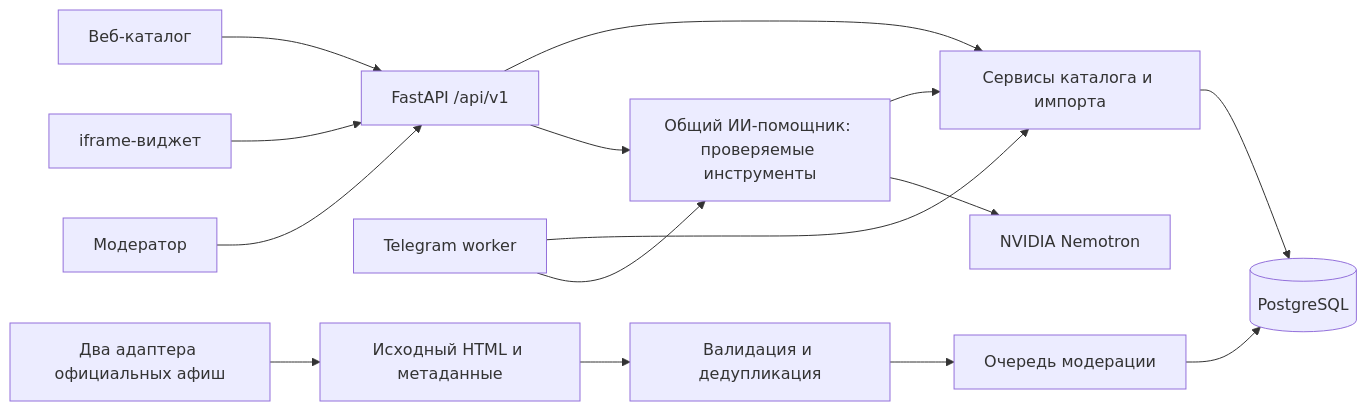
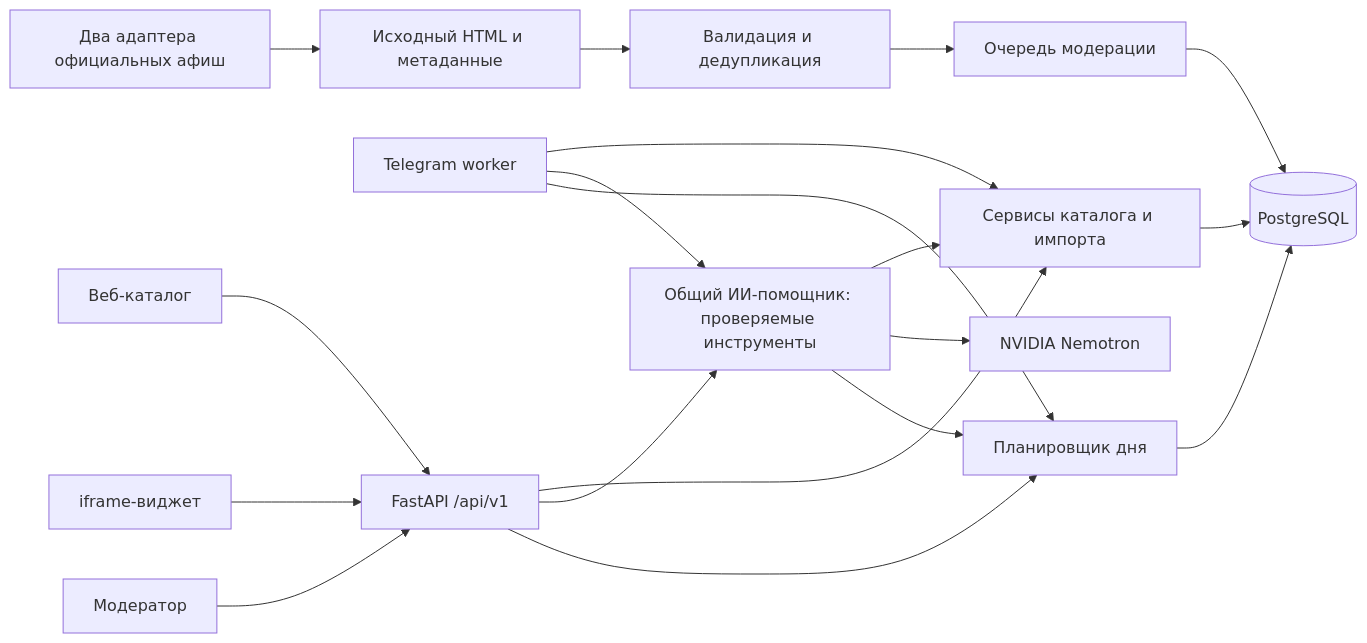
Before and after one commit to coldtime108/kurai-afisha: the diagram in docs/ARCHITECTURE.md, drawn with Mermaid. The commit also changed other lines of this file and 19 other files, not shown here.

````diff
--- a/docs/ARCHITECTURE.md
+++ b/docs/ARCHITECTURE.md
@@ -7,17 +7,21 @@
 ```mermaid
 flowchart LR
   W[Веб-каталог] --> API[FastAPI /api/v1]
   T[Telegram worker] --> S
   I[iframe-виджет] --> API
   M[Модератор] --> API
   API --> S[Сервисы каталога и импорта]
   S --> DB[(PostgreSQL)]
   C[Два адаптера официальных афиш] --> R[Исходный HTML и метаданные]
   R --> V[Валидация и дедупликация]
   V --> Q[Очередь модерации]
   Q --> DB
   API --> A[Общий ИИ-помощник: проверяемые инструменты]
   T --> A
   A --> S
   A --> L[NVIDIA Nemotron]
+  API --> P[Планировщик дня]
+  T --> P
+  A --> P
+  P --> DB
 ```
````
